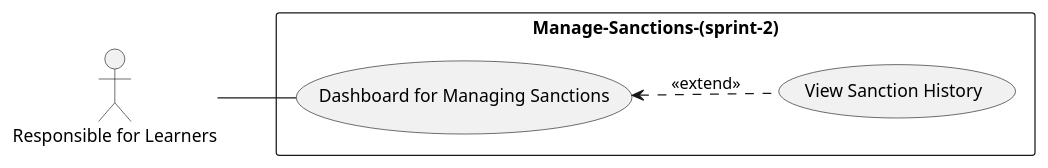
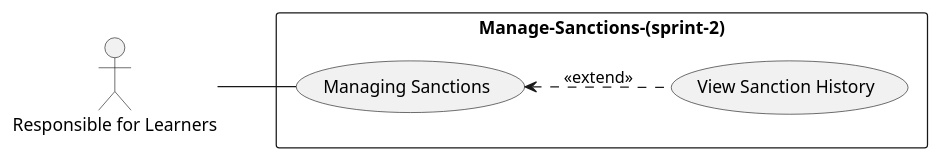
Before and after one commit to Tribak-Ayoub/Project-fil-rouge: the diagram in Functional Branch/Use Case/Use-Case-Sprint2.puml, drawn with PlantUML. The commit also changed 2 other files, not shown here.

```diff
--- a/Functional Branch/Use Case/Use-Case-Sprint2.puml
+++ b/Functional Branch/Use Case/Use-Case-Sprint2.puml
@@ -1,14 +1,14 @@
 @startuml
 left to right direction
 actor "Responsible for Learners" as Admin
 
 rectangle Manage-Sanctions-(sprint-2) {
   usecase "View Sanction History" as UC4
-  usecase "Dashboard for Managing Sanctions" as UC5
+  usecase "Managing Sanctions" as UC5
 }
 
 Admin -- UC5
 
 UC5 <.. UC4 : <<extend>>
 
 @enduml
```
